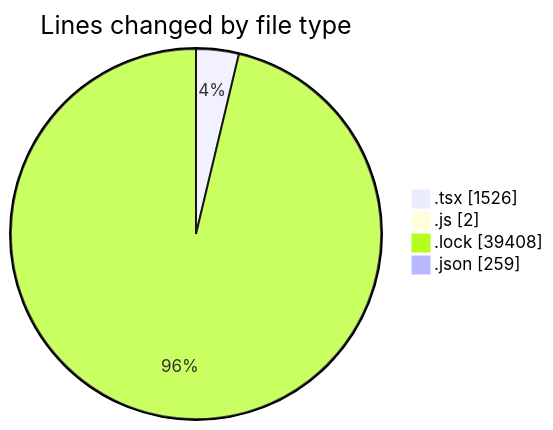
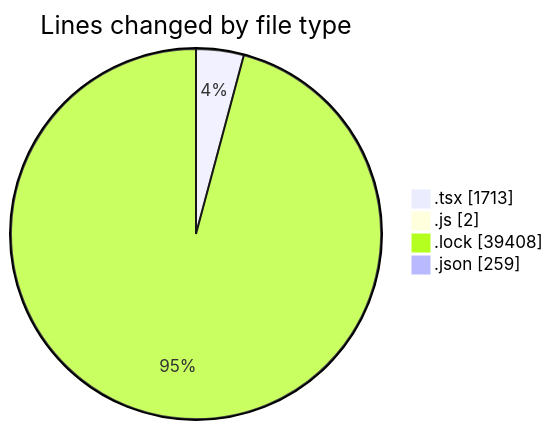
Before and after one commit to momahboobian/code-tracking: the first of 2 diagrams in 2026-05-15/cda/README.md, drawn with Mermaid. The commit also changed other lines of this file and 1 other file, not shown here.

````diff
--- a/2026-05-15/cda/README.md
+++ b/2026-05-15/cda/README.md
@@ -35,8 +37,8 @@
 ```mermaid
 pie showData
 title Lines changed by file type
-".tsx" : 1526
+".tsx" : 1713
 ".js" : 2
 ".lock" : 39408
 ".json" : 259
 ```
````
